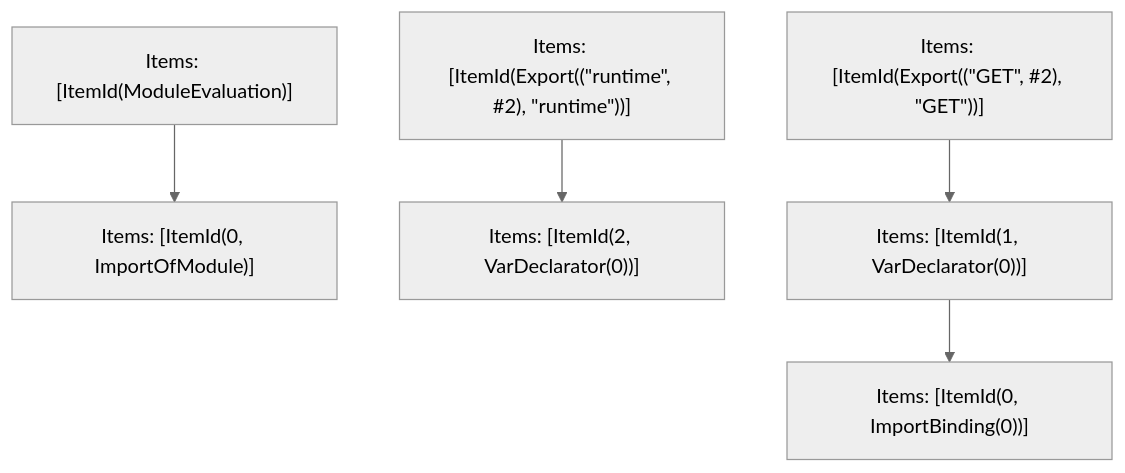
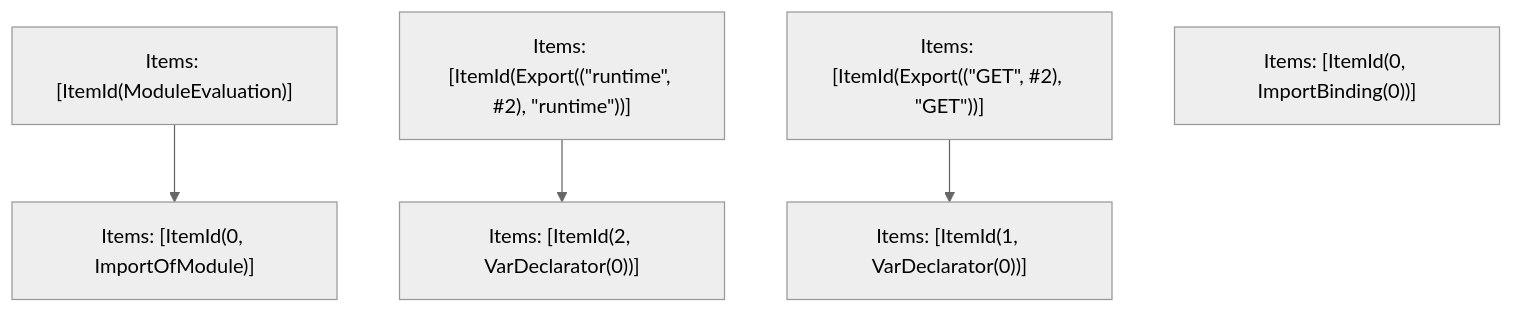
Before and after one commit to phidol/next.js: the fifth of 5 diagrams in turbopack/crates/turbopack-ecmascript/tests/tree-shaker/analyzer/route-handler/output.md, drawn with Mermaid (neutral theme). The commit also changed other lines of this file and 64 other files, not shown here.

````diff
--- a/turbopack/crates/turbopack-ecmascript/tests/tree-shaker/analyzer/route-handler/output.md
+++ b/turbopack/crates/turbopack-ecmascript/tests/tree-shaker/analyzer/route-handler/output.md
@@ -117,14 +117,13 @@
 ```mermaid
 graph TD
     N0["Items: [ItemId(0, ImportOfModule)]"];
     N1["Items: [ItemId(ModuleEvaluation)]"];
     N2["Items: [ItemId(2, VarDeclarator(0))]"];
     N3["Items: [ItemId(Export((&quot;runtime&quot;, #2), &quot;runtime&quot;))]"];
-    N4["Items: [ItemId(0, ImportBinding(0))]"];
+    N4["Items: [ItemId(Export((&quot;GET&quot;, #2), &quot;GET&quot;))]"];
     N5["Items: [ItemId(1, VarDeclarator(0))]"];
-    N6["Items: [ItemId(Export((&quot;GET&quot;, #2), &quot;GET&quot;))]"];
-    N5 --> N4;
-    N6 --> N5;
+    N6["Items: [ItemId(0, ImportBinding(0))]"];
+    N1 --> N0;
+    N4 --> N5;
     N3 --> N2;
-    N1 --> N0;
 ```
````
